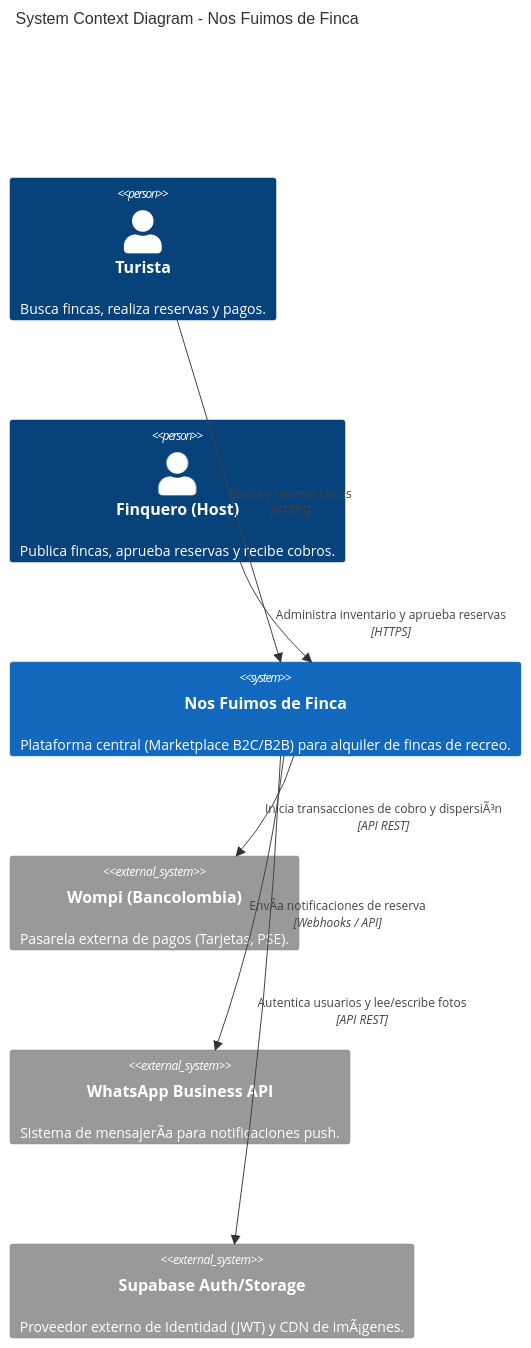
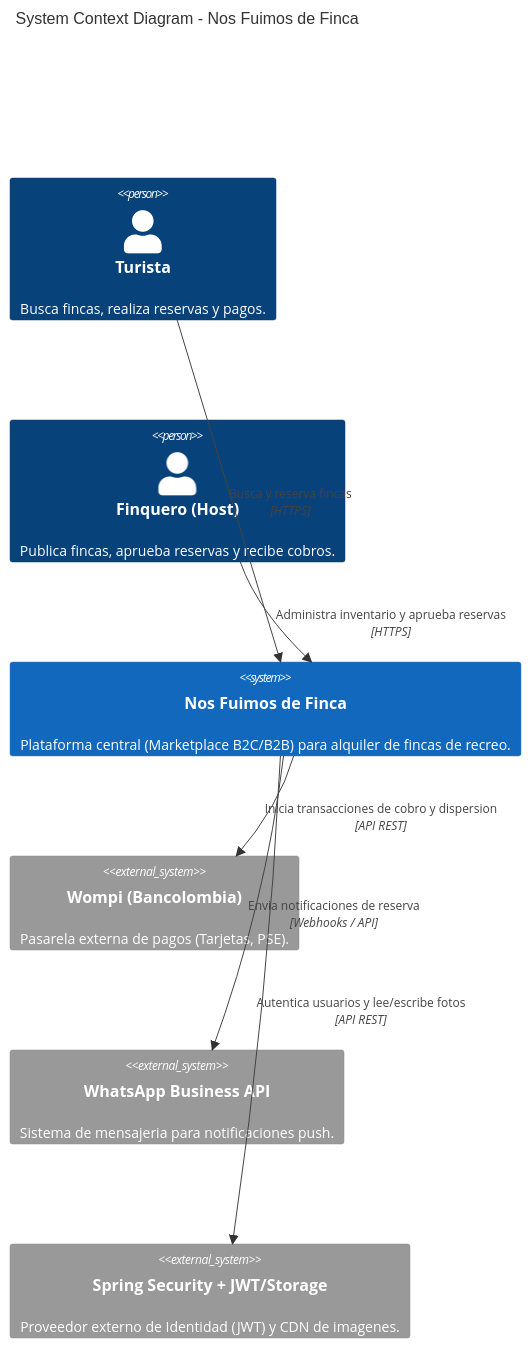
Before and after one commit to camilolayos54-dotcom/NosFuimosdeFinca: the first of 2 diagrams in docs/05-architectural-design/09-component-diagram.md, drawn with Mermaid. The commit also changed other lines of this file and 38 other files, not shown here.

````diff
--- a/docs/05-architectural-design/09-component-diagram.md
+++ b/docs/05-architectural-design/09-component-diagram.md
@@ -16,20 +16,20 @@
 ```mermaid
 C4Context
 title System Context Diagram - Nos Fuimos de Finca
 
 Person(turista, "Turista", "Busca fincas, realiza reservas y pagos.")
 Person(host, "Finquero (Host)", "Publica fincas, aprueba reservas y recibe cobros.")
 
 System(marketplace, "Nos Fuimos de Finca", "Plataforma central (Marketplace B2C/B2B) para alquiler de fincas de recreo.")
 
 System_Ext(wompi, "Wompi (Bancolombia)", "Pasarela externa de pagos (Tarjetas, PSE).")
-System_Ext(whatsapp, "WhatsApp Business API", "Sistema de mensajerÃ­a para notificaciones push.")
-System_Ext(supabase_auth, "Supabase Auth/Storage", "Proveedor externo de Identidad (JWT) y CDN de imÃ¡genes.")
+System_Ext(whatsapp, "WhatsApp Business API", "Sistema de mensajeria para notificaciones push.")
+System_Ext(postgresql_auth, "Spring Security + JWT/Storage", "Proveedor externo de Identidad (JWT) y CDN de imagenes.")
 
 Rel(turista, marketplace, "Busca y reserva fincas", "HTTPS")
 Rel(host, marketplace, "Administra inventario y aprueba reservas", "HTTPS")
 
-Rel(marketplace, wompi, "Inicia transacciones de cobro y dispersiÃ³n", "API REST")
-Rel(marketplace, whatsapp, "EnvÃ­a notificaciones de reserva", "Webhooks / API")
-Rel(marketplace, supabase_auth, "Autentica usuarios y lee/escribe fotos", "API REST")
+Rel(marketplace, wompi, "Inicia transacciones de cobro y dispersion", "API REST")
+Rel(marketplace, whatsapp, "Envia notificaciones de reserva", "Webhooks / API")
+Rel(marketplace, postgresql_auth, "Autentica usuarios y lee/escribe fotos", "API REST")
 ```
````
